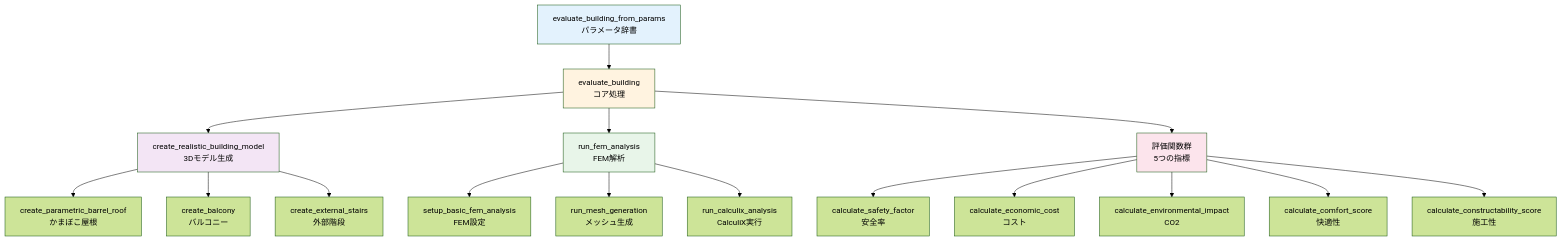
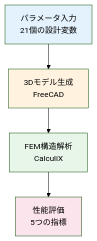
Before and after one commit to jkushida/ai-arch: the third of 5 diagrams in docs/generate_building_fem_analyze_report.md, drawn with Mermaid (forest theme). The commit also changed 2 other files, not shown here.

Commit message:
Simplify main process flow diagram in FEM analysis documentation
- Reduced complexity of the Mermaid diagram
- Made it more concise with 4 main steps
- Easier to understand at a glance

````diff
--- a/docs/generate_building_fem_analyze_report.md
+++ b/docs/generate_building_fem_analyze_report.md
@@ -67,47 +67,16 @@
 ```mermaid
 graph TB
-    A["evaluate_building_from_params\nパラメータ辞書"]
-    B["evaluate_building\nコア処理"]
-    C["create_realistic_building_model\n3Dモデル生成"]
-    D["run_fem_analysis\nFEM解析"]
-    E["評価関数群\n5つの指標"]
+    A["パラメータ入力<br/>21個の設計変数"]
+    B["3Dモデル生成<br/>FreeCAD"]
+    C["FEM構造解析<br/>CalculiX"]
+    D["性能評価<br/>5つの指標"]
     
     A --> B
     B --> C
-    B --> D
-    B --> E
-    
-    C1["create_parametric_barrel_roof<br>かまぼこ屋根"]
-    C2["create_balcony<br>バルコニー"]
-    C3["create_external_stairs<br>外部階段"]
-    
-    C --> C1
-    C --> C2
-    C --> C3
-    
-    D1["setup_basic_fem_analysis<br>FEM設定"]
-    D2["run_mesh_generation<br>メッシュ生成"]
-    D3["run_calculix_analysis<br>CalculiX実行"]
-    
-    D --> D1
-    D --> D2
-    D --> D3
-    
-    E1["calculate_safety_factor<br>安全率"]
-    E2["calculate_economic_cost<br>コスト"]
-    E3["calculate_environmental_impact<br>CO2"]
-    E4["calculate_comfort_score<br>快適性"]
-    E5["calculate_constructability_score<br>施工性"]
-    
-    E --> E1
-    E --> E2
-    E --> E3
-    E --> E4
-    E --> E5
+    C --> D
     
     style A fill:#e3f2fd
     style B fill:#fff3e0
-    style C fill:#f3e5f5
-    style D fill:#e8f5e9
-    style E fill:#fce4ec
+    style C fill:#e8f5e9
+    style D fill:#fce4ec
 ```
````
